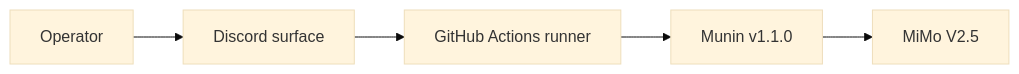
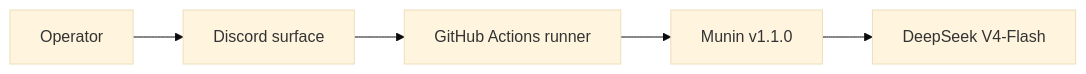
The second of 2 diagrams in MAP.md (PrinceOfPwn/Munin), drawn with Mermaid (base theme) before and after one commit. The commit also changed 15 other files, not shown here.

First line of the commit message:
feat(model): switch default runtime model to DeepSeek V4-Flash (deepseek-v4-flash)

````diff
--- a/MAP.md
+++ b/MAP.md
@@ -72,7 +72,7 @@
 ```mermaid
 flowchart LR
   Operator --> Discord[Discord surface]
   Discord --> Actions[GitHub Actions runner]
   Actions --> Munin[Munin v1.1.0]
-  Munin --> MiMo[MiMo V2.5]
+  Munin --> DeepSeek[DeepSeek V4-Flash]
 ```
````
